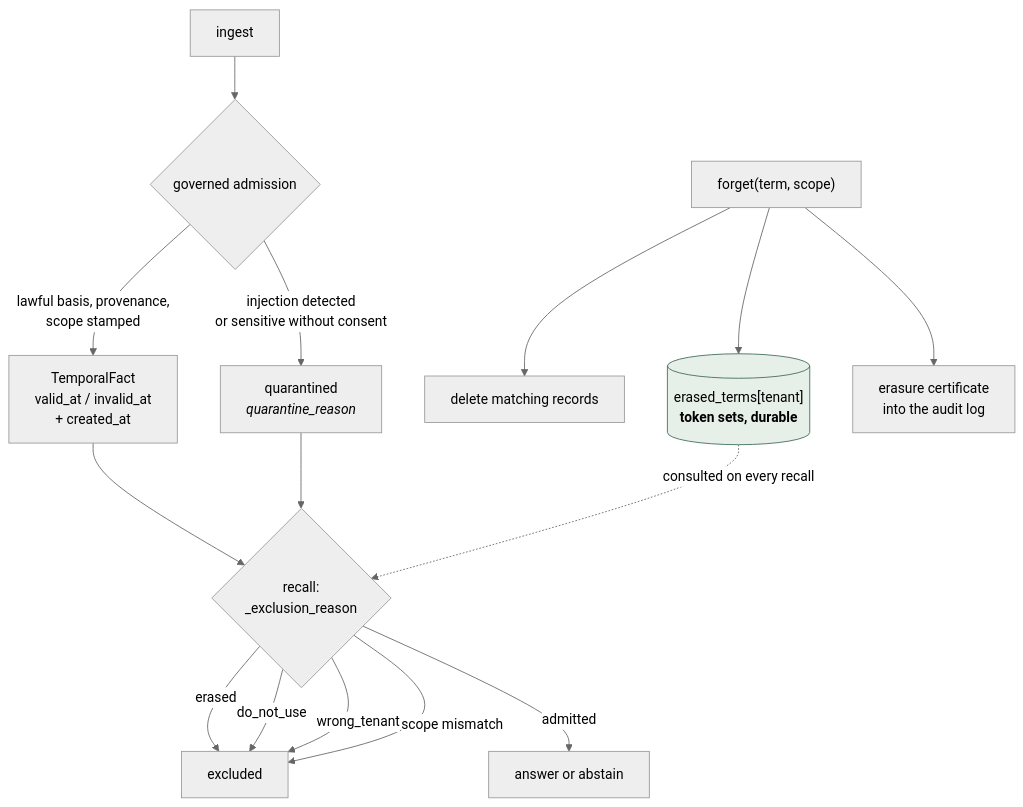
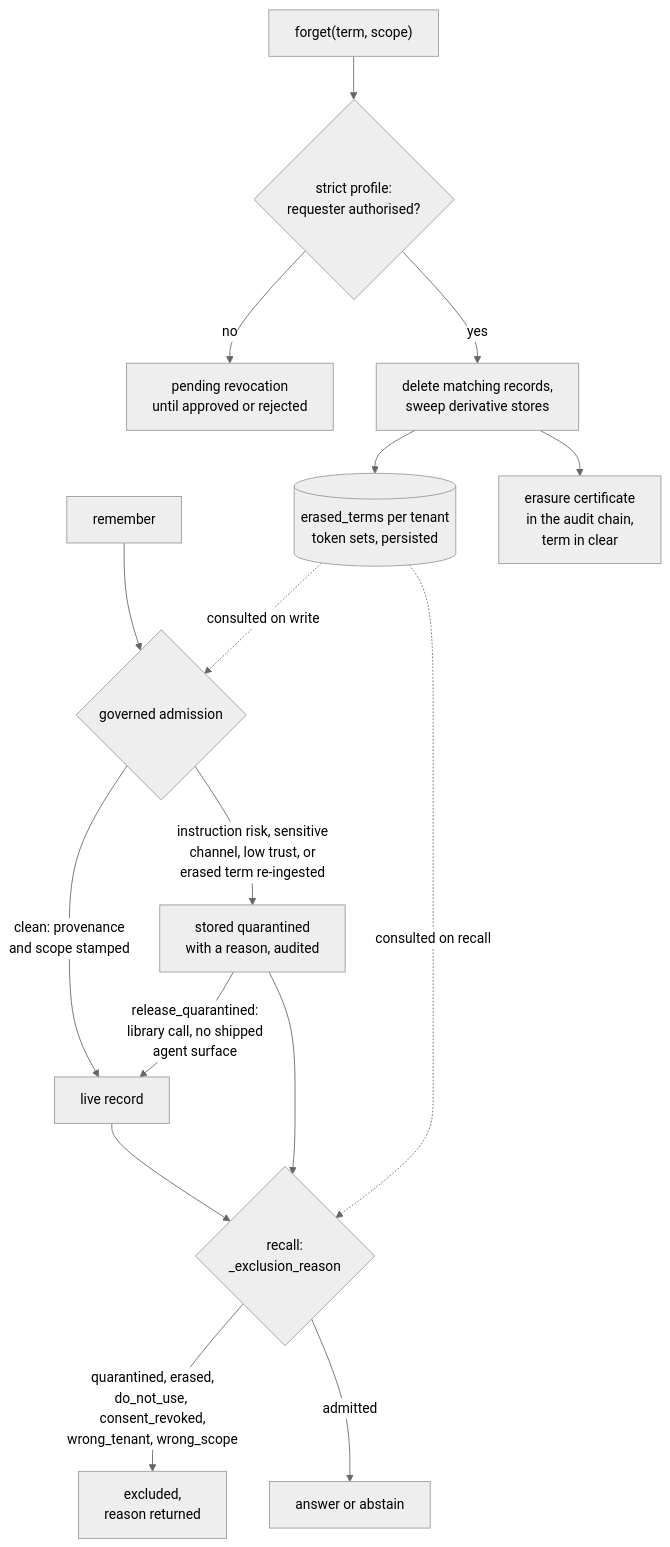
Before and after one commit to neoneye/agent-memory-atlas: the diagram in content/systems/provem.md, drawn with Mermaid (neutral theme). The commit also changed other lines of this file and 14 other files, not shown here.

Commit message:
Provem at c162543: erasure is consulted on write as well as recall; trust_state and human_review move to the quarantine flag; three published claims corrected

````diff
--- a/content/systems/provem.md
+++ b/content/systems/provem.md
@@ -114,22 +123,19 @@
 ```mermaid
-%% caption: erasure writes durable per-tenant token sets that every later recall consults, so forgetting outlives the rows it deleted and produces a certificate in the audit log
-flowchart TB
-    IN["ingest"] --> ADM{"governed admission"}
-    ADM -->|"injection detected<br/>or sensitive without consent"| Q["quarantined<br/><i>quarantine_reason</i>"]
-    ADM -->|"lawful basis, provenance,<br/>scope stamped"| LIVE["TemporalFact<br/>valid_at / invalid_at<br/>+ created_at"]
-
+%% caption: a Provem write is stored live or quarantined, erasure leaves a per-tenant token set that every later write and recall consults, and a quarantined record returns only through an explicit release
+flowchart TD
+    IN["remember"] --> ADM{"governed admission"}
+    ADM -->|"instruction risk, sensitive<br/>channel, low trust, or<br/>erased term re-ingested"| Q["stored quarantined<br/>with a reason, audited"]
+    ADM -->|"clean: provenance<br/>and scope stamped"| LIVE["live record"]
+    Q -->|"release_quarantined:<br/>library call, no shipped<br/>agent surface"| LIVE
     LIVE --> REC{"recall:<br/>_exclusion_reason"}
-    REC -->|"erased"| X1["excluded"]
-    REC -->|"do_not_use"| X1
-    REC -->|"wrong_tenant"| X1
-    REC -->|"scope mismatch"| X1
     Q --> REC
+    REC -->|"quarantined, erased,<br/>do_not_use, consent_revoked,<br/>wrong_tenant, wrong_scope"| X1["excluded,<br/>reason returned"]
     REC -->|"admitted"| ANS["answer or abstain"]
-
-    F["forget(term, scope)"] --> DEL["delete matching records"]
-    F --> ERT[("erased_terms[tenant]<br/><b>token sets, durable</b>")]
-    F --> CERT["erasure certificate<br/>into the audit log"]
-    ERT -.->|"consulted on every recall"| REC
-
-    style ERT fill:#e7efe9,stroke:#3d6b59
+    F["forget(term, scope)"] --> HOLD{"strict profile:<br/>requester authorised?"}
+    HOLD -->|"no"| PEND["pending revocation<br/>until approved or rejected"]
+    HOLD -->|"yes"| DEL["delete matching records,<br/>sweep derivative stores"]
+    DEL --> ERT[("erased_terms per tenant<br/>token sets, persisted")]
+    DEL --> CERT["erasure certificate<br/>in the audit chain,<br/>term in clear"]
+    ERT -.->|"consulted on write"| ADM
+    ERT -.->|"consulted on recall"| REC
 ```
````
